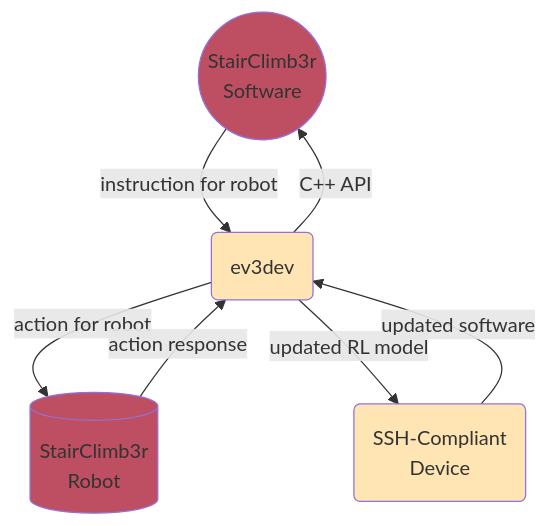
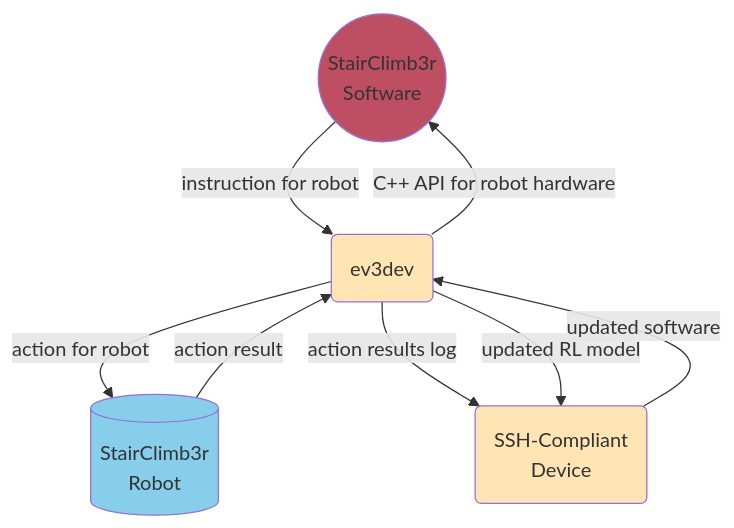
The diagram in CONTRIBUTING/PROJECT_SPECIFICATIONS/REQUIREMENTS_SPECIFICATION.md (rafarrel/StairClimb3r), drawn with Mermaid before and after one commit. The commit also changed other lines of this file, not shown here.

Commit message:
Added references to tensorflow and ev3dev homepage in requirements specification

````diff
--- a/CONTRIBUTING/PROJECT_SPECIFICATIONS/REQUIREMENTS_SPECIFICATION.md
+++ b/CONTRIBUTING/PROJECT_SPECIFICATIONS/REQUIREMENTS_SPECIFICATION.md
@@ -28,23 +30,26 @@
 ```mermaid
 flowchart TD;
    %% Nodes
    Software((StairClimb3r\n Software));
    Robot[(StairClimb3r\n Robot)];
    ev3dev(ev3dev);
    device(SSH-Compliant\n Device);
    
    %% Node styles
-   classDef StairClimb3r fill:#be4f62;
+   classDef Software fill:#be4f62;
    classDef Devices fill:#ffe5b4;
+   classDef Hardware fill:#87CEEB;
    
-   class Software,Robot StairClimb3r;
+   class Software Software;
    class ev3dev,device Devices;
+   class Robot Hardware;
    
    %% Links
    Software -- instruction for robot --> ev3dev;
-   ev3dev -- C++ API --> Software;
+   ev3dev -- C++ API for robot hardware --> Software;
    ev3dev -- action for robot --> Robot;
-   Robot -- action response --> ev3dev;
+   Robot -- action result --> ev3dev;
+   ev3dev -- action results log --> device;
    ev3dev -- updated RL model --> device;
    device -- updated software --> ev3dev;
 ```
````
